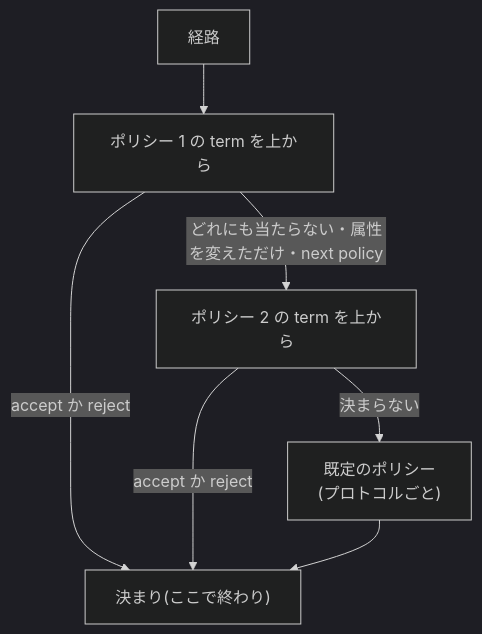
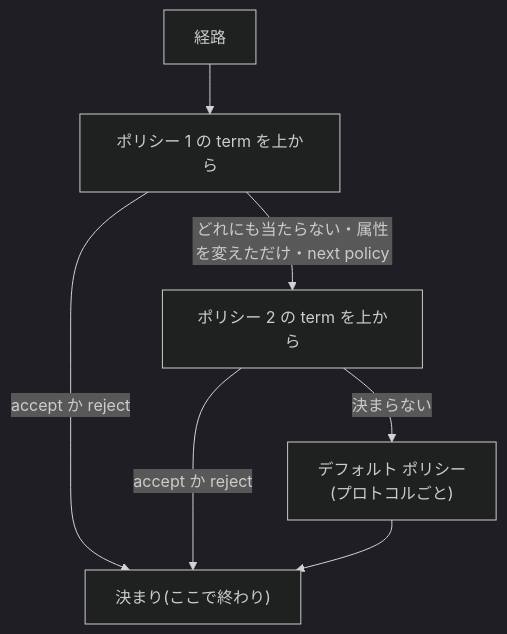
Before and after one commit to suzugross/CCNP_LAB_FACTORY: the diagram in courses/junos/ja/11-j1-policy-statement.md, drawn with Mermaid (dark theme). The commit also changed other lines of this file and 302 other files, not shown here.

````diff
--- a/courses/junos/ja/11-j1-policy-statement.md
+++ b/courses/junos/ja/11-j1-policy-statement.md
@@ -139,9 +139,9 @@
 ```mermaid
 flowchart TD
   R["経路"] --> T1["ポリシー 1 の term を上から"]
   T1 -- "accept か reject" --> END["決まり(ここで終わり)"]
   T1 -- "どれにも当たらない・属性を変えただけ・next policy" --> P2["ポリシー 2 の term を上から"]
   P2 -- "accept か reject" --> END
-  P2 -- "決まらない" --> D["既定のポリシー<br>(プロトコルごと)"]
+  P2 -- "決まらない" --> D["デフォルト ポリシー<br>(プロトコルごと)"]
   D --> END
 ```
````
